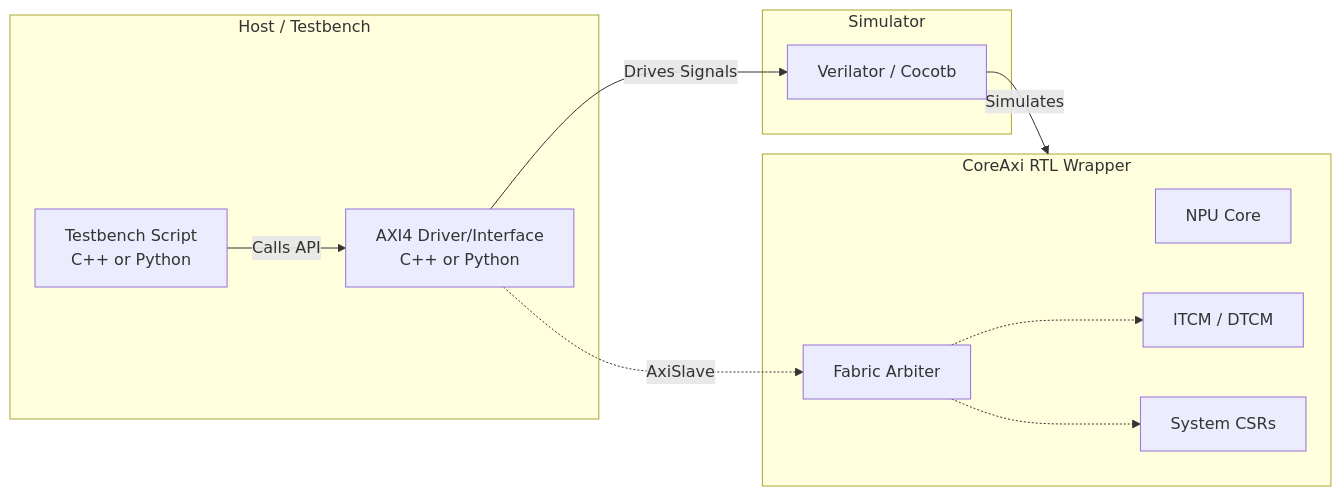
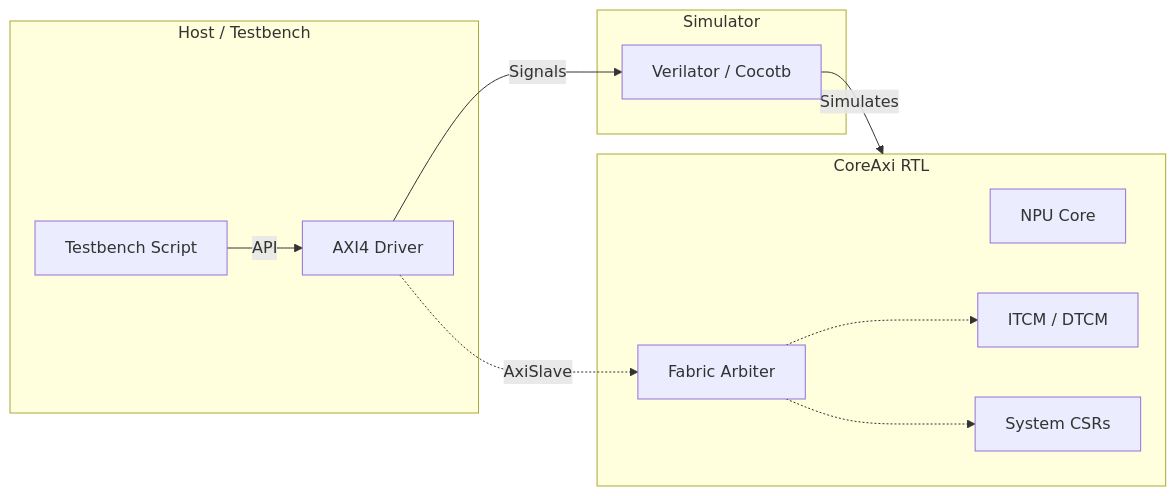
The first of 3 diagrams in doc/verification.md (julianmb-g/coralnpu), drawn with Mermaid before and after one commit. The commit also changed other lines of this file and 100 other files, not shown here.

````diff
--- a/doc/verification.md
+++ b/doc/verification.md
@@ -87,26 +56,26 @@
 ```mermaid
 graph LR
-    subgraph Host_System [Host / Testbench]
-        TB[Testbench Script\nC++ or Python]
-        Wrapper[AXI4 Driver/Interface\nC++ or Python]
+    subgraph Host [Host / Testbench]
+        TB[Testbench Script]
+        Wrapper[AXI4 Driver]
     end
 
-    subgraph Simulation_Engine [Simulator]
+    subgraph Simulator
         Verilator[Verilator / Cocotb]
     end
 
-    subgraph DUT_RTL [CoreAxi RTL Wrapper]
+    subgraph DUT [CoreAxi RTL]
         Core[NPU Core]
         TCM[ITCM / DTCM]
         CSR[System CSRs]
         Arbiter[Fabric Arbiter]
     end
 
-    TB -->|Calls API| Wrapper
-    Wrapper -->|Drives Signals| Verilator
-    Verilator -->|Simulates| DUT_RTL
+    TB -->|API| Wrapper
+    Wrapper -->|Signals| Verilator
+    Verilator -->|Simulates| DUT
 
     Wrapper -.->|AxiSlave| Arbiter
     Arbiter -.-> TCM
     Arbiter -.-> CSR
 ```
````
